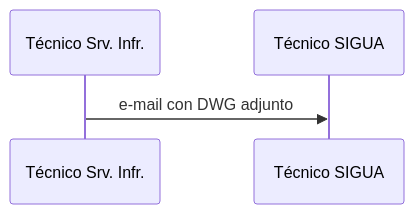
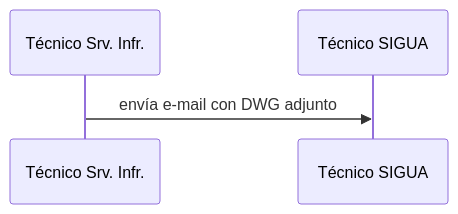
One commit to labgeo/ua-mods changed the diagram in v-cad-get.md. Above: the diagram before and after it, drawn with Mermaid.

```diff
--- a/v-cad-get.md
+++ b/v-cad-get.md
@@ -4,4 +4,4 @@
 {% mermaid %}
 sequenceDiagram;
-  Técnico Srv. Infr.->>Técnico SIGUA: e-mail con DWG adjunto;
+  Técnico Srv. Infr.->>Técnico SIGUA: envía e-mail con DWG adjunto;
 {% endmermaid %}
```
